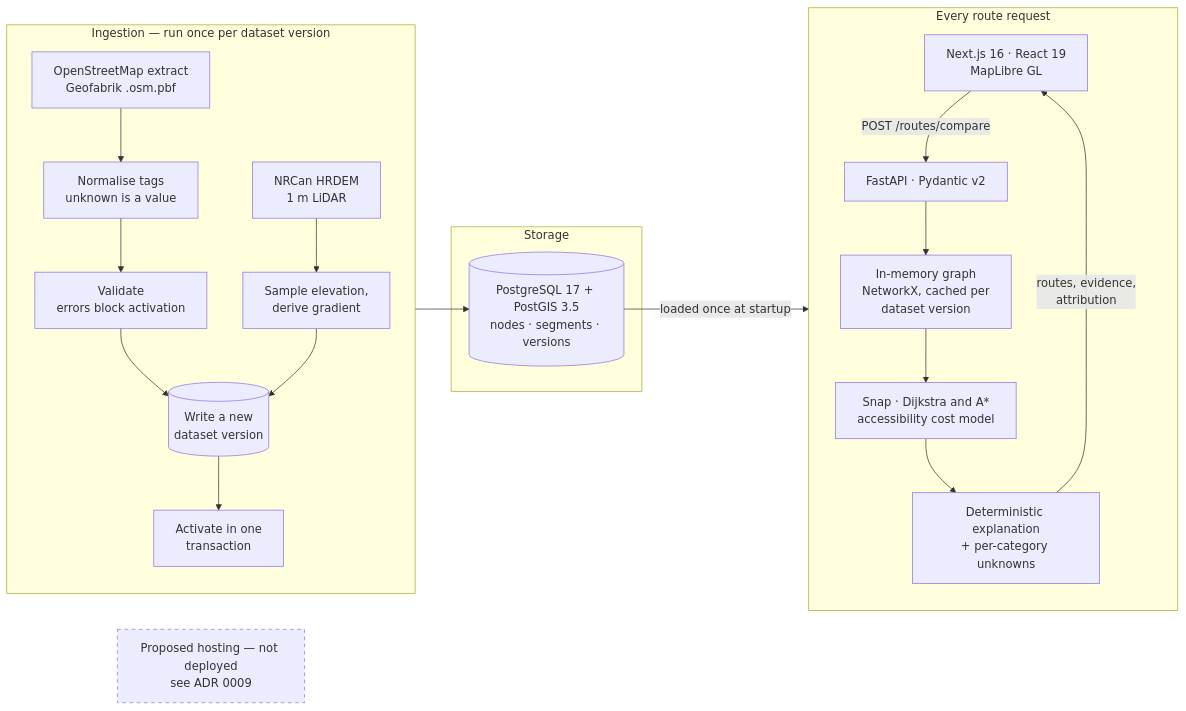
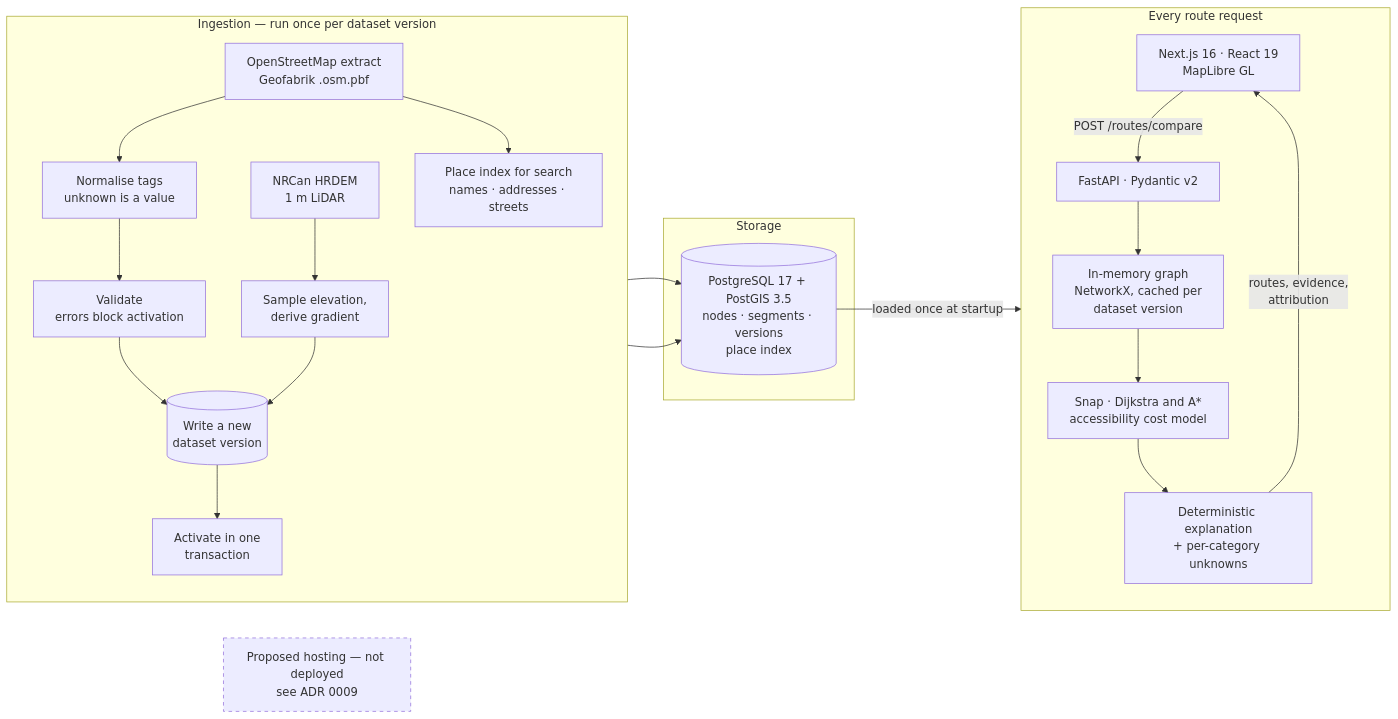
One commit to s2002kumar/pathable-ai changed the diagram in README.md. Above: the diagram before and after it, drawn with Mermaid. The commit also changed other lines of this file, not shown here.

````diff
--- a/README.md
+++ b/README.md
@@ -98,31 +72,33 @@
 ```mermaid
 flowchart LR
   subgraph ingest["Ingestion — run once per dataset version"]
     direction TB
     OSM["OpenStreetMap extract<br/>Geofabrik .osm.pbf"] --> NORM["Normalise tags<br/>unknown is a value"]
     NORM --> VALID["Validate<br/>errors block activation"]
     VALID --> WRITE[("Write a new<br/>dataset version")]
     HRDEM["NRCan HRDEM<br/>1 m LiDAR"] --> ELEV["Sample elevation,<br/>derive gradient"]
     ELEV --> WRITE
     WRITE --> ACT["Activate in one<br/>transaction"]
+    OSM --> GAZ["Place index for search<br/>names · addresses · streets"]
   end
 
   subgraph store["Storage"]
-    PG[("PostgreSQL 17 + PostGIS 3.5<br/>nodes · segments · versions")]
+    PG[("PostgreSQL 17 + PostGIS 3.5<br/>nodes · segments · versions<br/>place index")]
   end
 
   subgraph request["Every route request"]
     direction TB
     WEB["Next.js 16 · React 19<br/>MapLibre GL"] -->|"POST /routes/compare"| API["FastAPI · Pydantic v2"]
     API --> GRAPH["In-memory graph<br/>NetworkX, cached per<br/>dataset version"]
     GRAPH --> COST["Snap · Dijkstra and A*<br/>accessibility cost model"]
     COST --> EXPL["Deterministic explanation<br/>+ per-category unknowns"]
     EXPL -->|"routes, evidence,<br/>attribution"| WEB
   end
 
   ACT --> PG
+  GAZ --> PG
   PG -->|"loaded once at startup"| GRAPH
 
   classDef future stroke-dasharray: 5 5
   DEPLOY["Proposed hosting — not deployed<br/>see ADR 0009"]:::future
 ```
````
